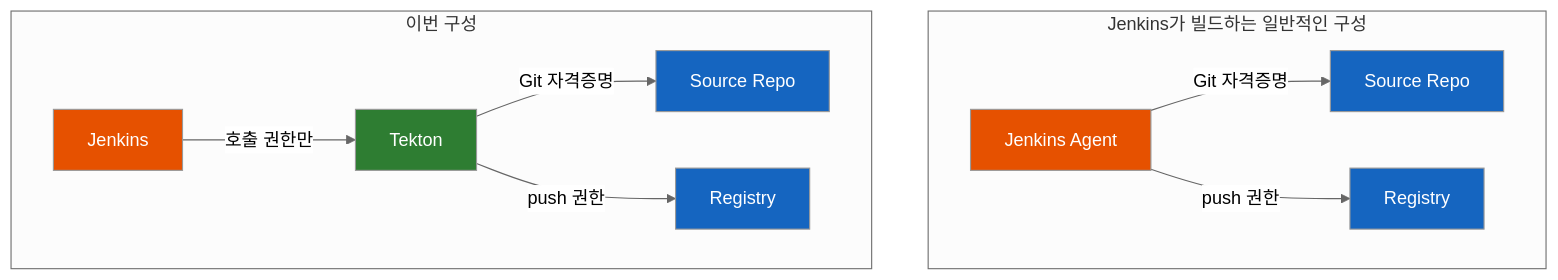
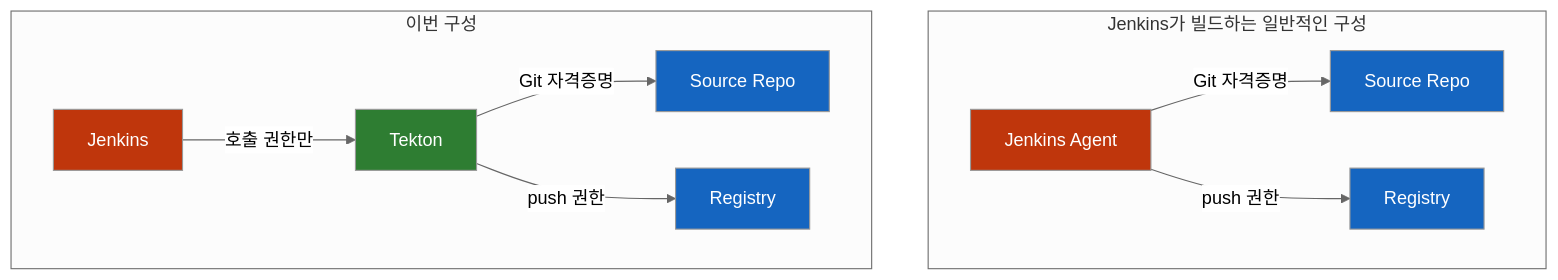
Before and after one commit to sskim91/TIL: the fourth of 4 diagrams in kubernetes/Jenkins가-있는데-왜-Tekton이-빌드할까.md, drawn with Mermaid (neutral theme). The commit also changed other lines of this file and 39 other files, not shown here.

````diff
--- a/kubernetes/Jenkins가-있는데-왜-Tekton이-빌드할까.md
+++ b/kubernetes/Jenkins가-있는데-왜-Tekton이-빌드할까.md
@@ -294,20 +281,20 @@
 ```mermaid
 flowchart TD
     subgraph Old["Jenkins가 빌드하는 일반적인 구성"]
         J1["Jenkins Agent"] -->|"Git 자격증명"| G1["Source Repo"]
         J1 -->|"push 권한"| R1["Registry"]
     end
     subgraph New["이번 구성"]
         J2["Jenkins"] -->|"호출 권한만"| T2["Tekton"]
         T2 -->|"Git 자격증명"| G2["Source Repo"]
         T2 -->|"push 권한"| R2["Registry"]
     end
 
-    style J1 fill:#E65100,color:#fff
-    style J2 fill:#E65100,color:#fff
+    style J1 fill:#BF360C,color:#fff
+    style J2 fill:#BF360C,color:#fff
     style T2 fill:#2E7D32,color:#fff
     style G1 fill:#1565C0,color:#fff
     style G2 fill:#1565C0,color:#fff
     style R1 fill:#1565C0,color:#fff
     style R2 fill:#1565C0,color:#fff
 ```
````
